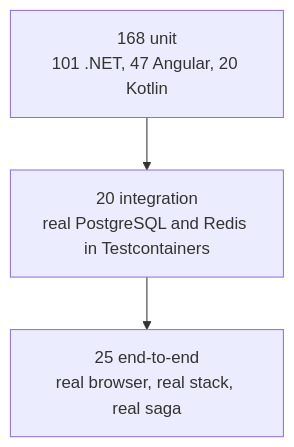
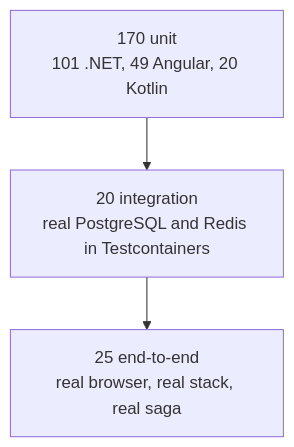
One commit to ahmedselimmansor-ctrl/full-stack-Angular-Asp.Net-commerce changed diagram 18 of 19 in README.md. Above: the diagram before and after it, drawn with Mermaid. The commit also changed other lines of this file and 12 other files, not shown here.

````diff
--- a/README.md
+++ b/README.md
@@ -703,8 +703,8 @@
 ```mermaid
 flowchart TB
     e2e["25 end-to-end<br/>real browser, real stack, real saga"]
     int["20 integration<br/>real PostgreSQL and Redis in Testcontainers"]
-    unit["168 unit<br/>101 .NET, 47 Angular, 20 Kotlin"]
+    unit["170 unit<br/>101 .NET, 49 Angular, 20 Kotlin"]
 
     unit --> int --> e2e
 ```
````
